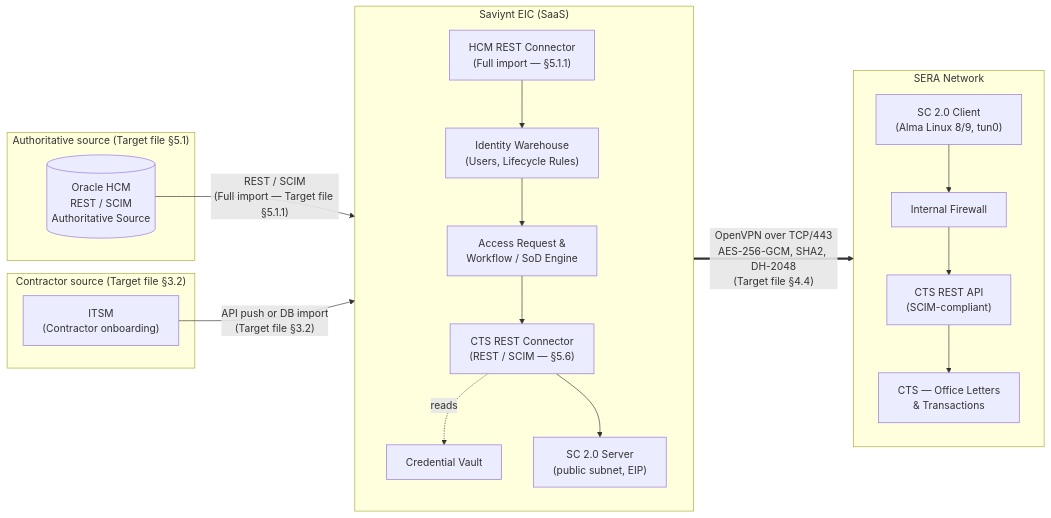
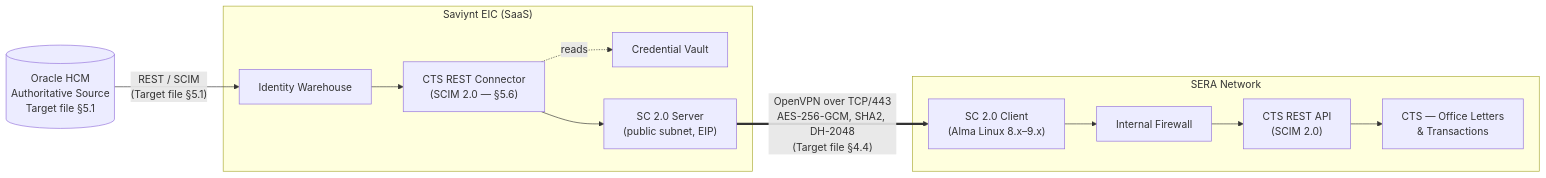
Before and after one commit to justOmarMoamen/All-Savi: the diagram in docs/integrations/saviynt-cts-office-letters-and-transactions.md, drawn with Mermaid. The commit also changed other lines of this file, not shown here.

````diff
--- a/docs/integrations/saviynt-cts-office-letters-and-transactions.md
+++ b/docs/integrations/saviynt-cts-office-letters-and-transactions.md
@@ -82,37 +29,25 @@
 ```mermaid
 flowchart LR
-    subgraph AUTH["Authoritative source (Target file §5.1)"]
-        HCM[("Oracle HCM<br/>REST / SCIM<br/>Authoritative Source")]
-    end
-
-    subgraph ITSM_SRC["Contractor source (Target file §3.2)"]
-        ITSM["ITSM<br/>(Contractor onboarding)"]
-    end
+    HCM[("Oracle HCM<br/>Authoritative Source<br/>Target file §5.1")]
 
     subgraph SAVIYNT["Saviynt EIC (SaaS)"]
-        direction TB
-        IMPORT["HCM REST Connector<br/>(Full import — §5.1.1)"]
-        IDENT["Identity Warehouse<br/>(Users, Lifecycle Rules)"]
-        WF["Access Request &<br/>Workflow / SoD Engine"]
-        CTS_CONN["CTS REST Connector<br/>(REST / SCIM — §5.6)"]
+        IDENT["Identity Warehouse"]
+        CTS_CONN["CTS REST Connector<br/>(SCIM 2.0 — §5.6)"]
         VAULT["Credential Vault"]
         SC2_SRV["SC 2.0 Server<br/>(public subnet, EIP)"]
-        IMPORT --> IDENT --> WF --> CTS_CONN
+        IDENT --> CTS_CONN
         CTS_CONN -. reads .-> VAULT
         CTS_CONN --> SC2_SRV
     end
 
     subgraph SERA["SERA Network"]
-        direction TB
-        SC2_CLI["SC 2.0 Client<br/>(Alma Linux 8/9, tun0)"]
+        SC2_CLI["SC 2.0 Client<br/>(Alma Linux 8.x–9.x)"]
         FW["Internal Firewall"]
-        CTS_API["CTS REST API<br/>(SCIM-compliant)"]
+        CTS_API["CTS REST API<br/>(SCIM 2.0)"]
         CTS_APP["CTS — Office Letters<br/>& Transactions"]
         SC2_CLI --> FW --> CTS_API --> CTS_APP
     end
 
-    HCM -- "REST / SCIM<br/>(Full import — Target file §5.1.1)" --> IMPORT
-    ITSM -- "API push or DB import<br/>(Target file §3.2)" --> IDENT
-
+    HCM -- "REST / SCIM<br/>(Target file §5.1)" --> IDENT
     SC2_SRV == "OpenVPN over TCP/443<br/>AES-256-GCM, SHA2, DH-2048<br/>(Target file §4.4)" ==> SC2_CLI
 ```
````
